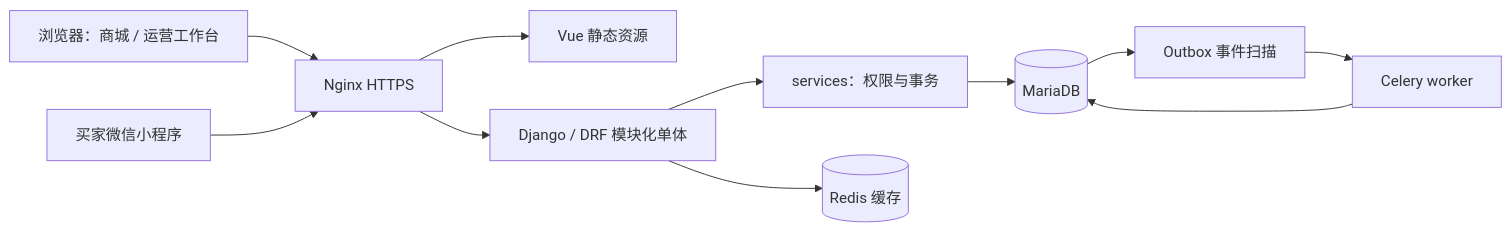
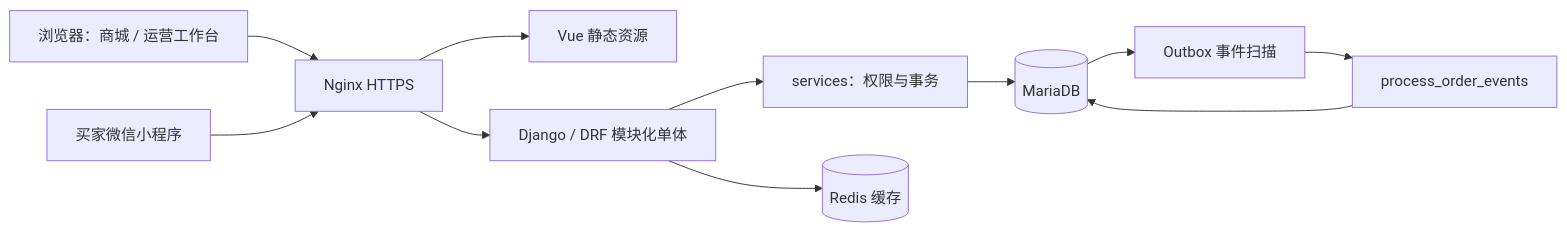
Before and after one commit to maoyadongsh/siq-mall-platform: the diagram in docs/01-architecture.md, drawn with Mermaid. The commit also changed other lines of this file and 20 other files, not shown here.

````diff
--- a/docs/01-architecture.md
+++ b/docs/01-architecture.md
@@ -51,13 +51,13 @@
 ```mermaid
 flowchart LR
   B[浏览器：商城 / 运营工作台] --> N[Nginx HTTPS]
   MP[买家微信小程序] --> N
   N --> F[Vue 静态资源]
   N --> A[Django / DRF 模块化单体]
   A --> S[services：权限与事务]
   S --> D[(MariaDB)]
   A --> R[(Redis 缓存)]
   D --> O[Outbox 事件扫描]
-  O --> W[Celery worker]
+  O --> W[process_order_events]
   W --> D
 ```
````
